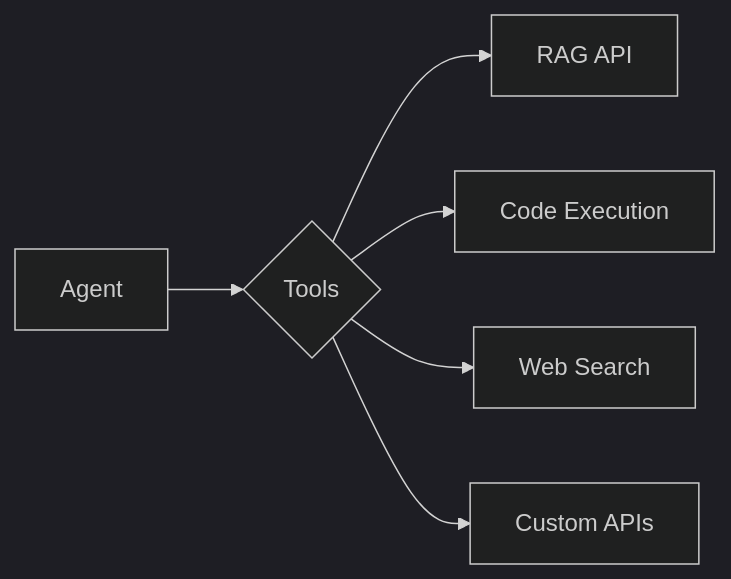
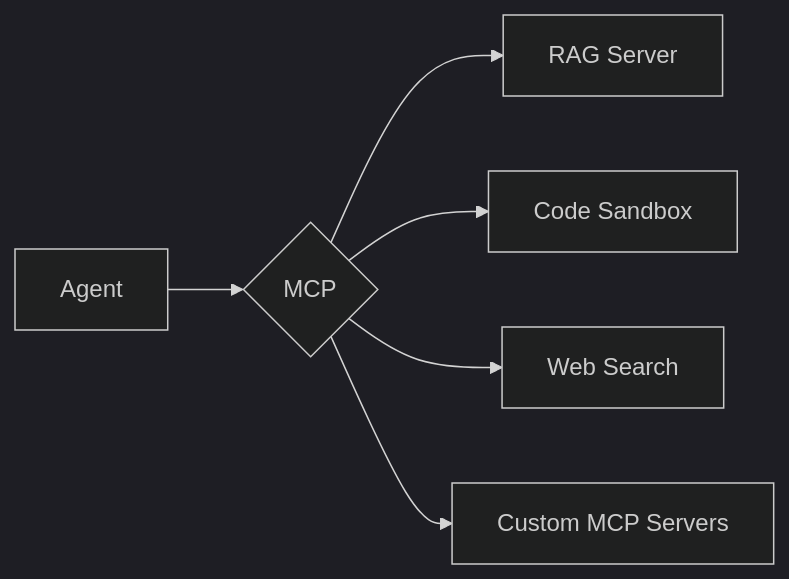
The diagram in docs/_AI-Platform/agents/_4-tools.md (AlexandreRgx/nexus-docs), drawn with Mermaid (dark theme) before and after one commit. The commit also changed other lines of this file and 39 other files, not shown here.

````diff
--- a/docs/_AI-Platform/agents/_4-tools.md
+++ b/docs/_AI-Platform/agents/_4-tools.md
@@ -13,8 +13,8 @@
 ```mermaid
 graph LR
-    AGENT[Agent] --> TOOLS{Tools}
-    TOOLS --> RAG[RAG API]
-    TOOLS --> CODE[Code Execution]
-    TOOLS --> WEB[Web Search]
-    TOOLS --> CUSTOM[Custom APIs]
+    AGENT[Agent] --> MCP{MCP}
+    MCP --> RAG[RAG Server]
+    MCP --> CODE[Code Sandbox]
+    MCP --> WEB[Web Search]
+    MCP --> CUSTOM[Custom MCP Servers]
 ```
````
